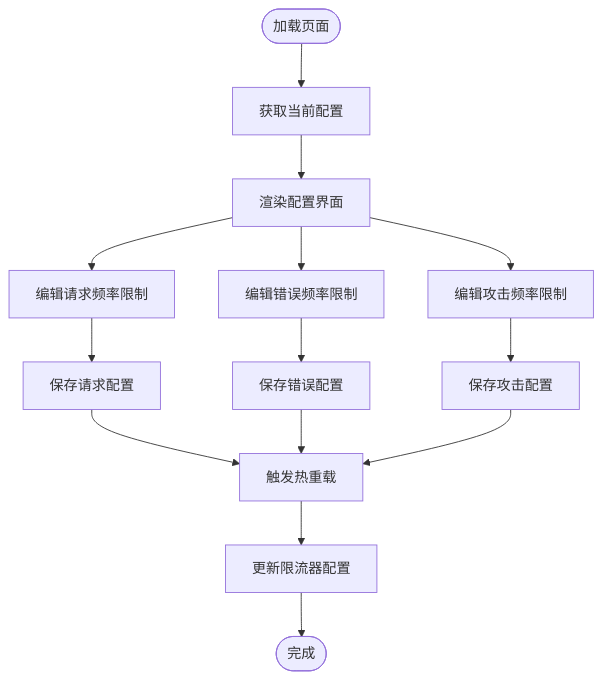
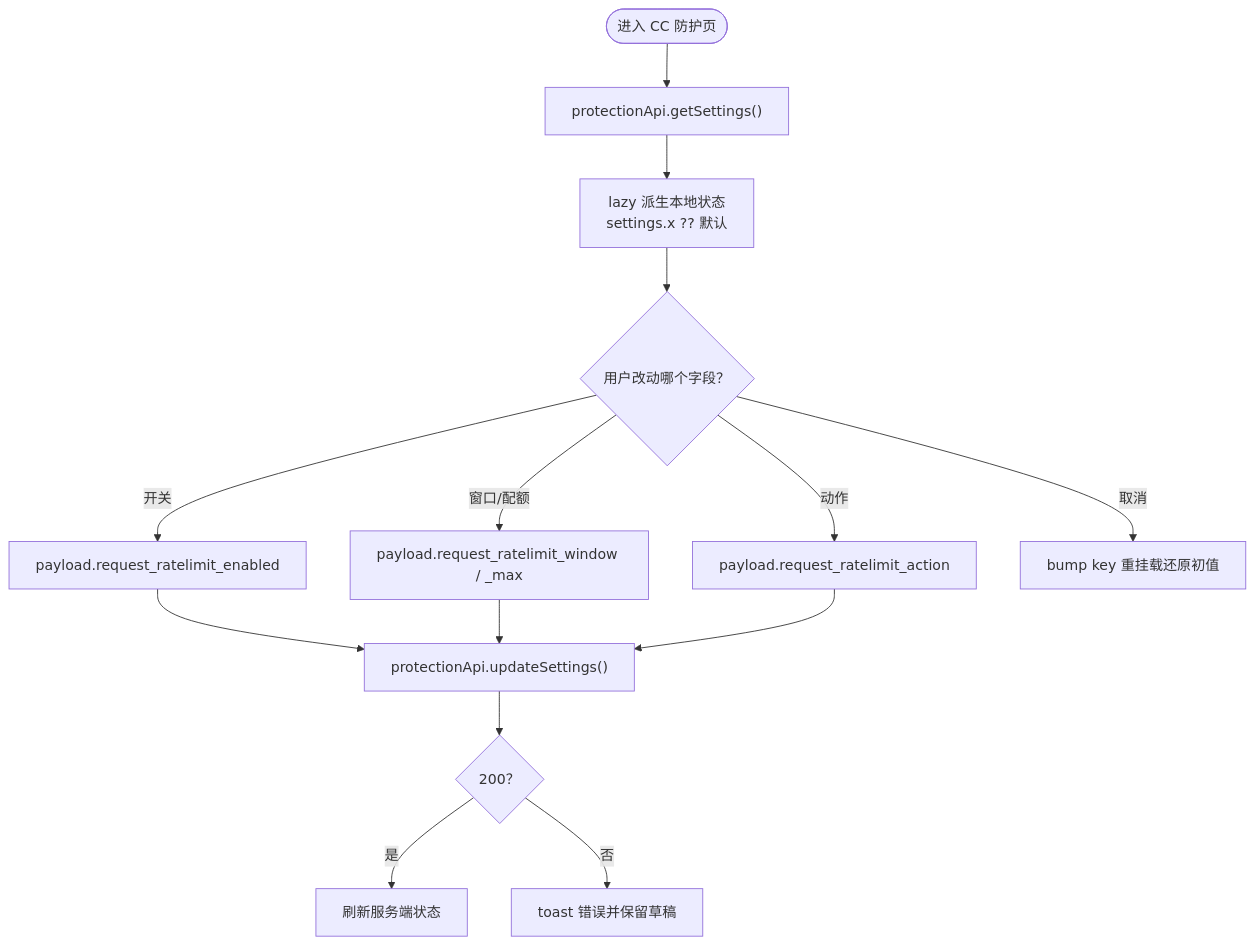
Before and after one commit to x01n/My-OpenWaf: the fifth of 9 diagrams in docs/安全防护功能/速率限制机制/限流配置管理.md, drawn with Mermaid. The commit also changed other lines of this file and 622 other files, not shown here.

````diff
--- a/docs/安全防护功能/速率限制机制/限流配置管理.md
+++ b/docs/安全防护功能/速率限制机制/限流配置管理.md
@@ -221,16 +309,16 @@
 ```mermaid
 flowchart TD
-Start([加载页面]) --> LoadConfig["获取当前配置"]
-LoadConfig --> RenderUI["渲染配置界面"]
-RenderUI --> EditRequest["编辑请求频率限制"]
-EditRequest --> SaveRequest["保存请求配置"]
-RenderUI --> EditError["编辑错误频率限制"]
-EditError --> SaveError["保存错误配置"]
-RenderUI --> EditAttack["编辑攻击频率限制"]
-EditAttack --> SaveAttack["保存攻击配置"]
-SaveRequest --> Reload["触发热重载"]
-SaveError --> Reload
-SaveAttack --> Reload
-Reload --> UpdateLimiter["更新限流器配置"]
-UpdateLimiter --> End([完成])
+Start([进入 CC 防护页]) --> Load["protectionApi.getSettings()"]
+Load --> Derive["lazy 派生本地状态<br/>settings.x ?? 默认"]
+Derive --> Edit{"用户改动哪个字段？"}
+Edit --> |开关| Payload1["payload.request_ratelimit_enabled"]
+Edit --> |窗口/配额| Payload2["payload.request_ratelimit_window / _max"]
+Edit --> |动作| Payload3["payload.request_ratelimit_action"]
+Edit --> |取消| Remount["bump key 重挂载还原初值"]
+Payload1 --> Post["protectionApi.updateSettings()"]
+Payload2 --> Post
+Payload3 --> Post
+Post --> Ok{"200？"}
+Ok --> |是| Refetch["刷新服务端状态"]
+Ok --> |否| Toast["toast 错误并保留草稿"]
 ```
````
